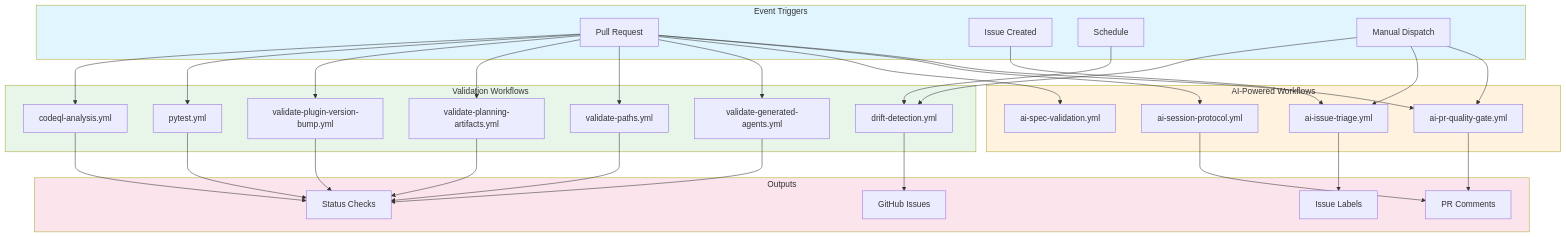
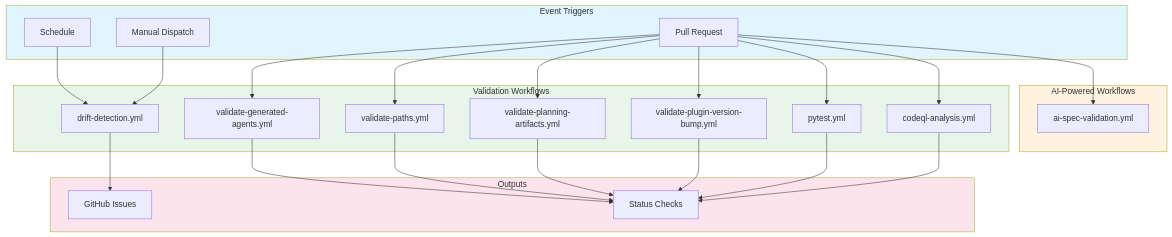
The first of 6 diagrams in .github/AGENTS.md (rjmurillo/ai-agents), drawn with Mermaid before and after one commit. The commit also changed other lines of this file, not shown here.

````diff
--- a/.github/AGENTS.md
+++ b/.github/AGENTS.md
@@ -16,67 +16,52 @@
 ```mermaid
 flowchart TD
     subgraph Triggers["Event Triggers"]
         PR[Pull Request]
-        ISS[Issue Created]
         SCH[Schedule]
         MAN[Manual Dispatch]
     end
 
     subgraph AIWorkflows["AI-Powered Workflows"]
-        QG[ai-pr-quality-gate.yml]
-        IT[ai-issue-triage.yml]
-        SP[ai-session-protocol.yml]
         SV[ai-spec-validation.yml]
     end
 
     subgraph ValidationWorkflows["Validation Workflows"]
         DD[drift-detection.yml]
         VG[validate-generated-agents.yml]
         VP[validate-paths.yml]
         VPA[validate-planning-artifacts.yml]
         VPV[validate-plugin-version-bump.yml]
         PT[pytest.yml]
         CQ[codeql-analysis.yml]
     end
 
     subgraph Outputs["Outputs"]
-        CMT[PR Comments]
-        LBL[Issue Labels]
         ISS2[GitHub Issues]
         CHK[Status Checks]
     end
 
-    PR --> QG
-    PR --> SP
     PR --> SV
     PR --> VG
     PR --> VP
     PR --> VPA
     PR --> VPV
     PR --> PT
     PR --> CQ
 
-    ISS --> IT
-
     SCH --> DD
 
-    MAN --> QG
-    MAN --> IT
     MAN --> DD
 
-    QG --> CMT
-    IT --> LBL
-    SP --> CMT
     DD --> ISS2
     VG --> CHK
     VP --> CHK
     VPA --> CHK
     VPV --> CHK
     PT --> CHK
     CQ --> CHK
 
     style Triggers fill:#e1f5fe
     style AIWorkflows fill:#fff3e0
     style ValidationWorkflows fill:#e8f5e9
     style Outputs fill:#fce4ec
 ```
````
